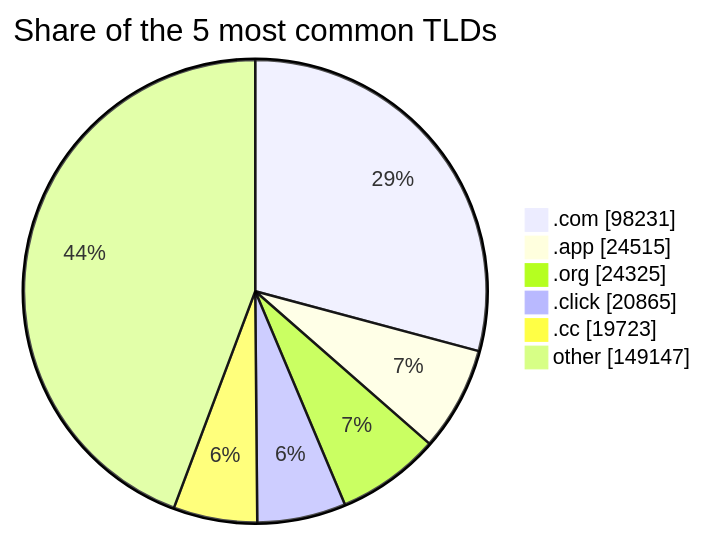
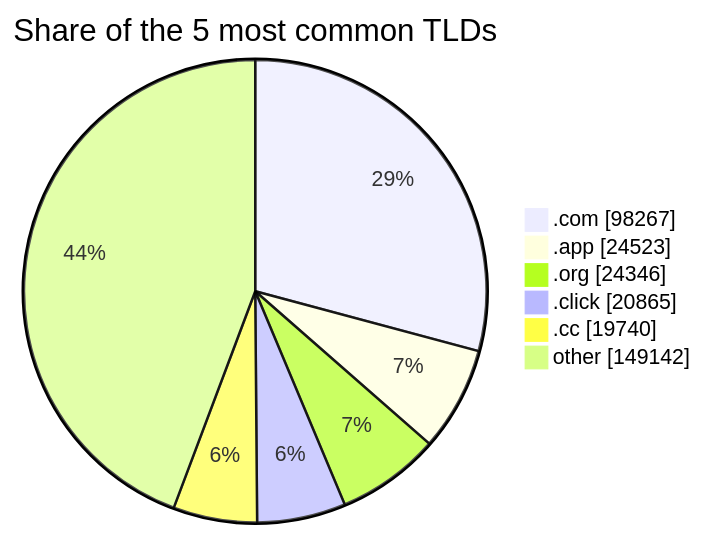
One commit to DNSBunker/CTI changed the third of 3 diagrams in README.md. Above: the diagram before and after it, drawn with Mermaid. The commit also changed other lines of this file and 3 other files, not shown here.

````diff
--- a/README.md
+++ b/README.md
@@ -81,9 +81,9 @@
 ```mermaid
 pie showData title Share of the 5 most common TLDs
-    ".com" : 98231
-    ".app" : 24515
-    ".org" : 24325
+    ".com" : 98267
+    ".app" : 24523
+    ".org" : 24346
     ".click" : 20865
-    ".cc" : 19723
-    "other" : 149147
+    ".cc" : 19740
+    "other" : 149142
 ```
````
